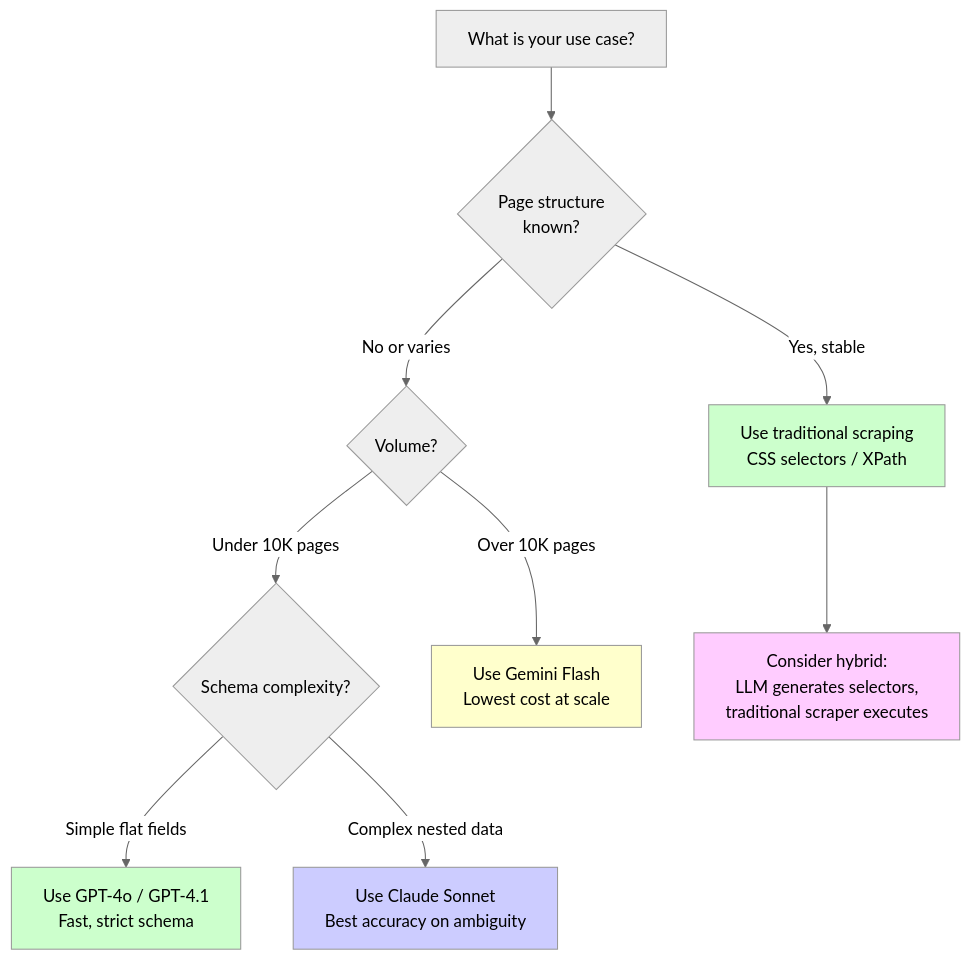
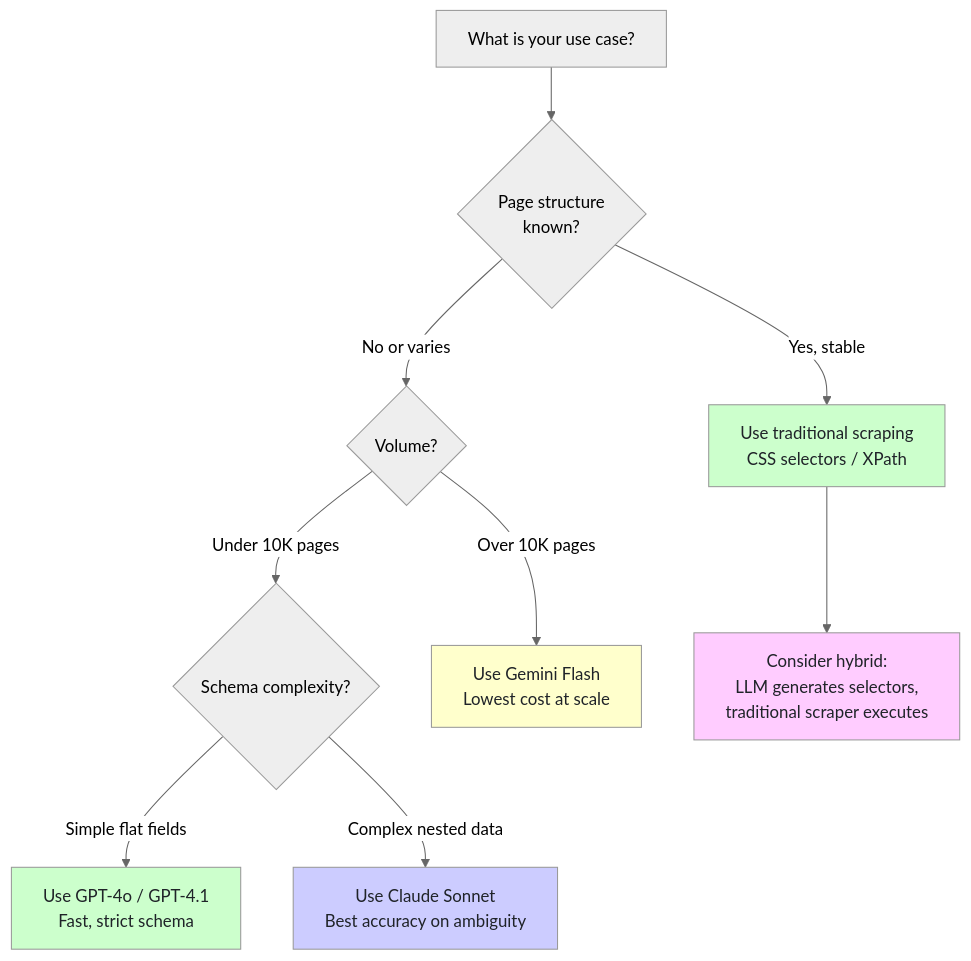
The fifth of 5 diagrams in _posts/2026-03-02-best-llm-structured-data-extraction-html-2026.md (bytetunnels/bytetunnels.github.com), drawn with Mermaid (neutral theme) before and after one commit. The commit also changed other lines of this file and 118 other files, not shown here.

Commit message:
feat: improve diagram styling and compact wide flowcharts

````diff
--- a/_posts/2026-03-02-best-llm-structured-data-extraction-html-2026.md
+++ b/_posts/2026-03-02-best-llm-structured-data-extraction-html-2026.md
@@ -442,21 +454,21 @@
 ```mermaid
 graph TD
     START["What is your use case?"] --> Q1{"Page structure<br/>known?"}
 
     Q1 -->|"Yes, stable"| TRAD["Use traditional scraping<br/>CSS selectors / XPath"]
     Q1 -->|"No or varies"| Q2{"Volume?"}
 
     Q2 -->|"Under 10K pages"| Q3{"Schema complexity?"}
     Q2 -->|"Over 10K pages"| GEMINI["Use Gemini Flash<br/>Lowest cost at scale"]
 
     Q3 -->|"Simple flat fields"| GPT["Use GPT-4o / GPT-4.1<br/>Fast, strict schema"]
     Q3 -->|"Complex nested data"| CLAUDE["Use Claude Sonnet<br/>Best accuracy on ambiguity"]
 
     TRAD --> HYBRID["Consider hybrid:<br/>LLM generates selectors,<br/>traditional scraper executes"]
 
-    style TRAD fill:#ccffcc
-    style GPT fill:#ccffcc
-    style CLAUDE fill:#ccccff
-    style GEMINI fill:#ffffcc
-    style HYBRID fill:#ffccff
+    style TRAD fill:#ccffcc,color:#1f2328
+    style GPT fill:#ccffcc,color:#1f2328
+    style CLAUDE fill:#ccccff,color:#1f2328
+    style GEMINI fill:#ffffcc,color:#1f2328
+    style HYBRID fill:#ffccff,color:#1f2328
 ```
````
